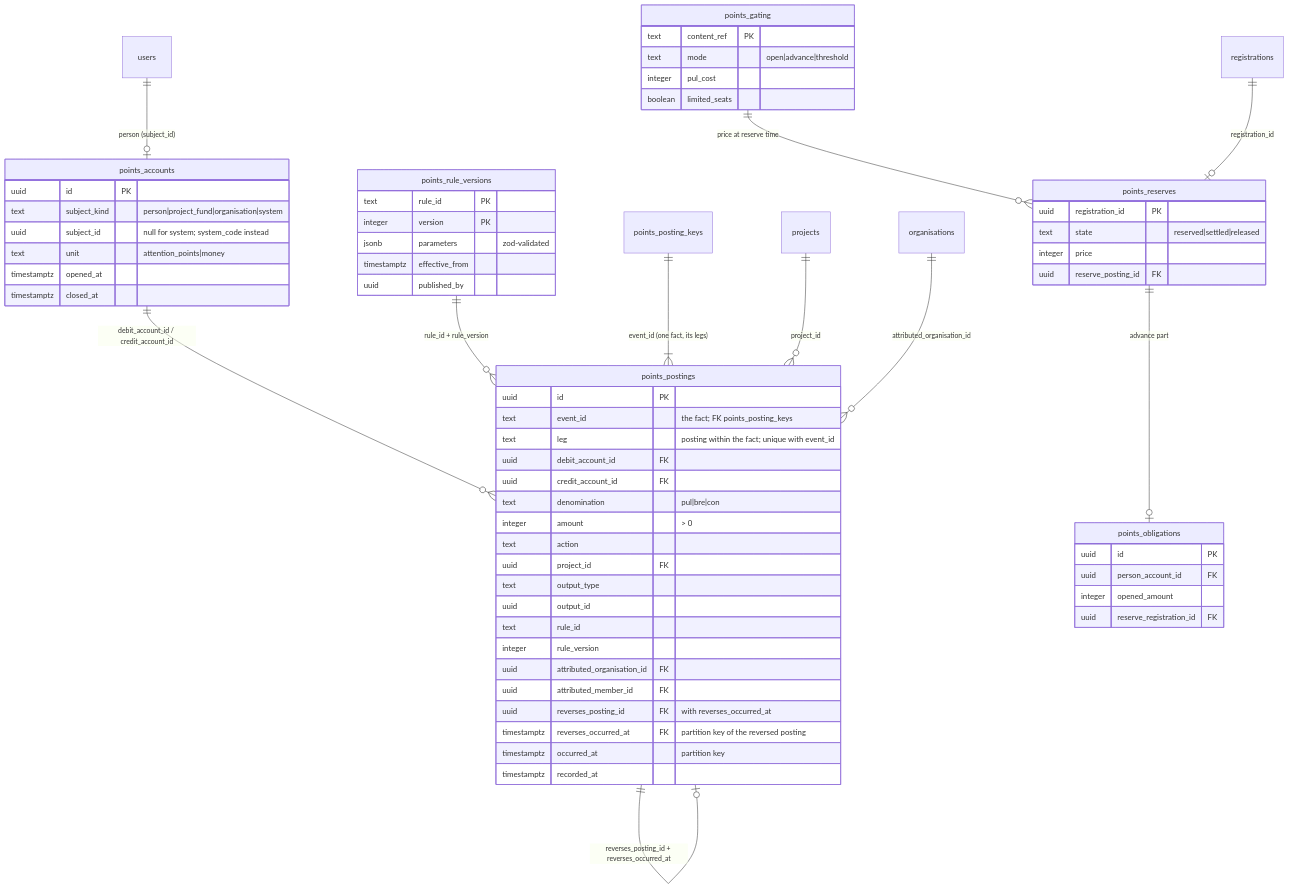
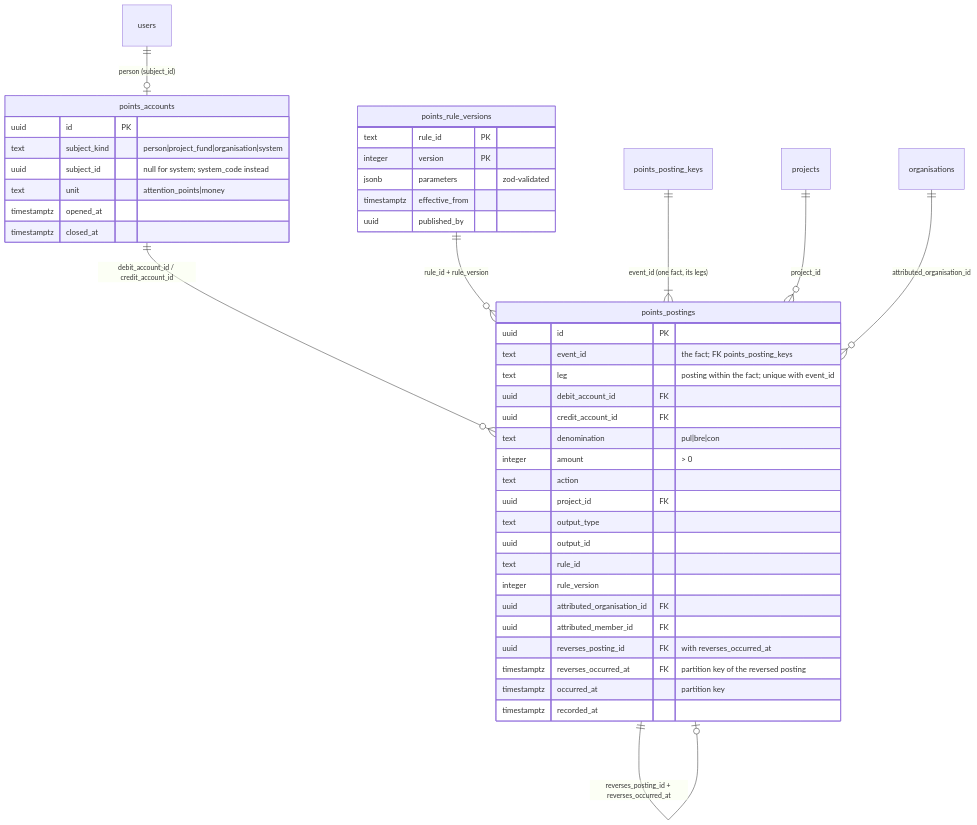
The fourth of 5 diagrams in apps/docs/content/specs/features/025-attention-points-engine/025-design.md (doctor-school/ds-platform), drawn with Mermaid before and after one commit. The commit also changed other lines of this file and 3 other files, not shown here.

````diff
--- a/apps/docs/content/specs/features/025-attention-points-engine/025-design.md
+++ b/apps/docs/content/specs/features/025-attention-points-engine/025-design.md
@@ -18,68 +306,47 @@
 ```mermaid
 erDiagram
   users ||--o| points_accounts : "person (subject_id)"
   points_accounts ||--o{ points_postings : "debit_account_id / credit_account_id"
   points_rule_versions ||--o{ points_postings : "rule_id + rule_version"
   points_postings ||--o| points_postings : "reverses_posting_id + reverses_occurred_at"
   points_posting_keys ||--|{ points_postings : "event_id (one fact, its legs)"
   projects ||--o{ points_postings : "project_id"
   organisations ||--o{ points_postings : "attributed_organisation_id"
-  points_gating ||--o{ points_reserves : "price at reserve time"
-  registrations ||--o| points_reserves : "registration_id"
-  points_reserves ||--o| points_obligations : "advance part"
 
   points_accounts {
     uuid id PK
     text subject_kind "person|project_fund|organisation|system"
     uuid subject_id "null for system; system_code instead"
     text unit "attention_points|money"
     timestamptz opened_at
     timestamptz closed_at
   }
   points_postings {
     uuid id PK
     text event_id "the fact; FK points_posting_keys"
     text leg "posting within the fact; unique with event_id"
     uuid debit_account_id FK
     uuid credit_account_id FK
     text denomination "pul|bre|con"
     integer amount "> 0"
     text action
     uuid project_id FK
     text output_type
     uuid output_id
     text rule_id
     integer rule_version
     uuid attributed_organisation_id FK
     uuid attributed_member_id FK
     uuid reverses_posting_id FK "with reverses_occurred_at"
     timestamptz reverses_occurred_at FK "partition key of the reversed posting"
     timestamptz occurred_at "partition key"
     timestamptz recorded_at
   }
   points_rule_versions {
     text rule_id PK
     integer version PK
     jsonb parameters "zod-validated"
     timestamptz effective_from
     uuid published_by
   }
-  points_gating {
-    text content_ref PK
-    text mode "open|advance|threshold"
-    integer pul_cost
-    boolean limited_seats
-  }
-  points_reserves {
-    uuid registration_id PK
-    text state "reserved|settled|released"
-    integer price
-    uuid reserve_posting_id FK
-  }
-  points_obligations {
-    uuid id PK
-    uuid person_account_id FK
-    integer opened_amount
-    uuid reserve_registration_id FK
-  }
 ```
````
